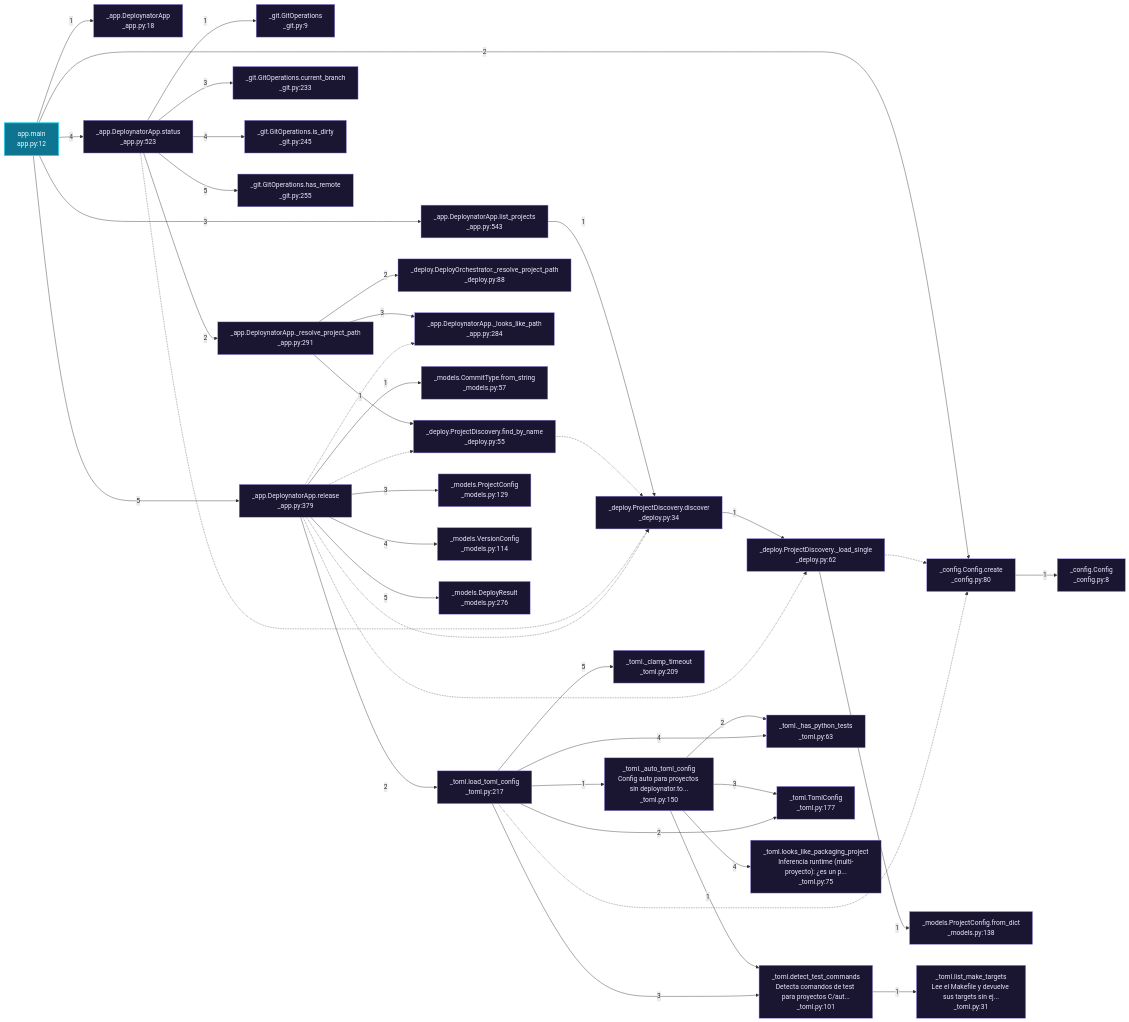
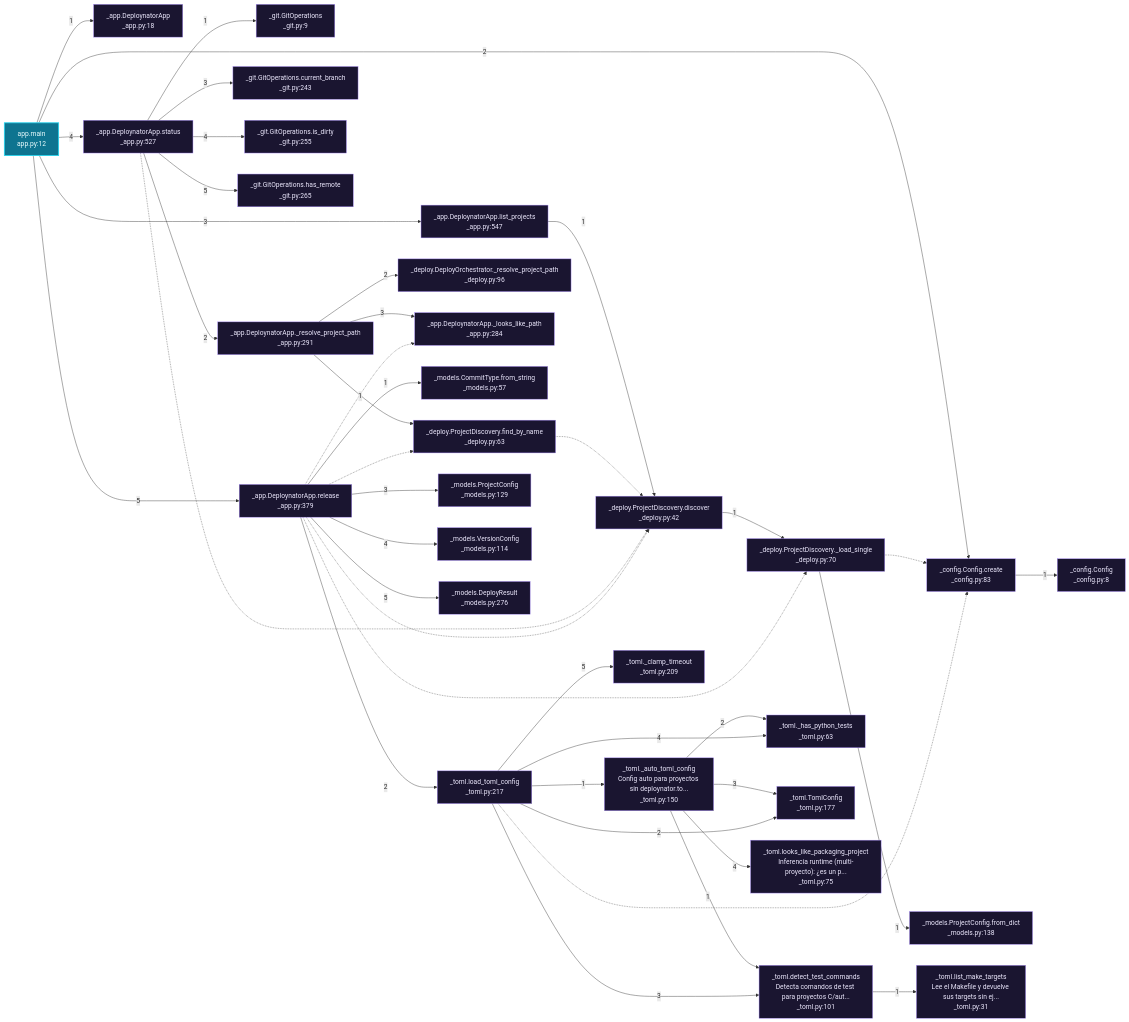
Before and after one commit to grisuno/deploynator: the third of 9 diagrams in readmenator-apidocs/architecture.md, drawn with Mermaid. The commit also changed other lines of this file and 137 other files, not shown here.

````diff
--- a/readmenator-apidocs/architecture.md
+++ b/readmenator-apidocs/architecture.md
@@ -82,75 +82,75 @@
 ```mermaid
 flowchart LR
     classDef entry fill:#0e7490,stroke:#22d3ee,color:#ecfeff,stroke-width:2px;
     classDef external fill:#1a1530,stroke:#a78bfa,color:#ede9fe;
     n_app_py__main["app.main<br/>app.py:12"]:::entry
     n_deploynator__app_py__DeploynatorApp["_app.DeploynatorApp<br/>_app.py:18"]:::external
-    n_deploynator__config_py__create["_config.Config.create<br/>_config.py:80"]:::external
+    n_deploynator__config_py__create["_config.Config.create<br/>_config.py:83"]:::external
     n_deploynator__config_py__Config["_config.Config<br/>_config.py:8"]:::external
-    n_deploynator__app_py__list_projects["_app.DeploynatorApp.list_projects<br/>_app.py:543"]:::external
-    n_deploynator__deploy_py__discover["_deploy.ProjectDiscovery.discover<br/>_deploy.py:34"]:::external
-    n_deploynator__deploy_py___load_single["_deploy.ProjectDiscovery._load_single<br/>_deploy.py:62"]:::external
+    n_deploynator__app_py__list_projects["_app.DeploynatorApp.list_projects<br/>_app.py:547"]:::external
+    n_deploynator__deploy_py__discover["_deploy.ProjectDiscovery.discover<br/>_deploy.py:42"]:::external
+    n_deploynator__deploy_py___load_single["_deploy.ProjectDiscovery._load_single<br/>_deploy.py:70"]:::external
     n_deploynator__models_py__from_dict_138["_models.ProjectConfig.from_dict<br/>_models.py:138"]:::external
-    n_deploynator__app_py__status["_app.DeploynatorApp.status<br/>_app.py:523"]:::external
+    n_deploynator__app_py__status["_app.DeploynatorApp.status<br/>_app.py:527"]:::external
     n_deploynator__git_py__GitOperations["_git.GitOperations<br/>_git.py:9"]:::external
     n_deploynator__app_py___resolve_project_path["_app.DeploynatorApp._resolve_project_path<br/>_app.py:291"]:::external
-    n_deploynator__deploy_py__find_by_name["_deploy.ProjectDiscovery.find_by_name<br/>_deploy.py:55"]:::external
-    n_deploynator__deploy_py___resolve_project_path["_deploy.DeployOrchestrator._resolve_project_path<br/>_deploy.py:88"]:::external
+    n_deploynator__deploy_py__find_by_name["_deploy.ProjectDiscovery.find_by_name<br/>_deploy.py:63"]:::external
+    n_deploynator__deploy_py___resolve_project_path["_deploy.DeployOrchestrator._resolve_project_path<br/>_deploy.py:96"]:::external
     n_deploynator__app_py___looks_like_path["_app.DeploynatorApp._looks_like_path<br/>_app.py:284"]:::external
-    n_deploynator__git_py__current_branch["_git.GitOperations.current_branch<br/>_git.py:233"]:::external
-    n_deploynator__git_py__is_dirty["_git.GitOperations.is_dirty<br/>_git.py:245"]:::external
-    n_deploynator__git_py__has_remote["_git.GitOperations.has_remote<br/>_git.py:255"]:::external
+    n_deploynator__git_py__current_branch["_git.GitOperations.current_branch<br/>_git.py:243"]:::external
+    n_deploynator__git_py__is_dirty["_git.GitOperations.is_dirty<br/>_git.py:255"]:::external
+    n_deploynator__git_py__has_remote["_git.GitOperations.has_remote<br/>_git.py:265"]:::external
     n_deploynator__app_py__release["_app.DeploynatorApp.release<br/>_app.py:379"]:::external
     n_deploynator__models_py__from_string_57["_models.CommitType.from_string<br/>_models.py:57"]:::external
     n_deploynator__toml_py__load_toml_config["_toml.load_toml_config<br/>_toml.py:217"]:::external
     n_deploynator__toml_py___auto_toml_config["_toml._auto_toml_config<br/>Config auto para proyectos sin deploynator.to...<br/>_toml.py:150"]:::external
     n_deploynator__toml_py__detect_test_commands["_toml.detect_test_commands<br/>Detecta comandos de test para proyectos C/aut...<br/>_toml.py:101"]:::external
     n_deploynator__toml_py___has_python_tests["_toml._has_python_tests<br/>_toml.py:63"]:::external
     n_deploynator__toml_py__TomlConfig["_toml.TomlConfig<br/>_toml.py:177"]:::external
     n_deploynator__toml_py__looks_like_packaging_project["_toml.looks_like_packaging_project<br/>Inferencia runtime (multi-proyecto): ¿es un p...<br/>_toml.py:75"]:::external
     n_deploynator__toml_py__list_make_targets["_toml.list_make_targets<br/>Lee el Makefile y devuelve sus targets sin ej...<br/>_toml.py:31"]:::external
     n_deploynator__toml_py___clamp_timeout["_toml._clamp_timeout<br/>_toml.py:209"]:::external
     n_deploynator__models_py__ProjectConfig["_models.ProjectConfig<br/>_models.py:129"]:::external
     n_deploynator__models_py__VersionConfig["_models.VersionConfig<br/>_models.py:114"]:::external
     n_deploynator__models_py__DeployResult["_models.DeployResult<br/>_models.py:276"]:::external
     n_app_py__main -->|"1"| n_deploynator__app_py__DeploynatorApp
     n_app_py__main -->|"2"| n_deploynator__config_py__create
     n_deploynator__config_py__create -->|"1"| n_deploynator__config_py__Config
     n_app_py__main -->|"3"| n_deploynator__app_py__list_projects
     n_deploynator__app_py__list_projects -->|"1"| n_deploynator__deploy_py__discover
     n_deploynator__deploy_py__discover -->|"1"| n_deploynator__deploy_py___load_single
     n_deploynator__deploy_py___load_single -.-> n_deploynator__config_py__create
     n_deploynator__deploy_py___load_single -->|"1"| n_deploynator__models_py__from_dict_138
     n_app_py__main -->|"4"| n_deploynator__app_py__status
     n_deploynator__app_py__status -->|"1"| n_deploynator__git_py__GitOperations
     n_deploynator__app_py__status -->|"2"| n_deploynator__app_py___resolve_project_path
     n_deploynator__app_py___resolve_project_path -->|"1"| n_deploynator__deploy_py__find_by_name
     n_deploynator__deploy_py__find_by_name -.-> n_deploynator__deploy_py__discover
     n_deploynator__app_py___resolve_project_path -->|"2"| n_deploynator__deploy_py___resolve_project_path
     n_deploynator__app_py___resolve_project_path -->|"3"| n_deploynator__app_py___looks_like_path
     n_deploynator__app_py__status -->|"3"| n_deploynator__git_py__current_branch
     n_deploynator__app_py__status -->|"4"| n_deploynator__git_py__is_dirty
     n_deploynator__app_py__status -->|"5"| n_deploynator__git_py__has_remote
     n_deploynator__app_py__status -.-> n_deploynator__deploy_py__discover
     n_app_py__main -->|"5"| n_deploynator__app_py__release
     n_deploynator__app_py__release -->|"1"| n_deploynator__models_py__from_string_57
     n_deploynator__app_py__release -.-> n_deploynator__deploy_py__discover
     n_deploynator__app_py__release -.-> n_deploynator__deploy_py__find_by_name
     n_deploynator__app_py__release -.-> n_deploynator__app_py___looks_like_path
     n_deploynator__app_py__release -->|"2"| n_deploynator__toml_py__load_toml_config
     n_deploynator__toml_py__load_toml_config -->|"1"| n_deploynator__toml_py___auto_toml_config
     n_deploynator__toml_py___auto_toml_config -->|"1"| n_deploynator__toml_py__detect_test_commands
     n_deploynator__toml_py___auto_toml_config -->|"2"| n_deploynator__toml_py___has_python_tests
     n_deploynator__toml_py___auto_toml_config -->|"3"| n_deploynator__toml_py__TomlConfig
     n_deploynator__toml_py___auto_toml_config -->|"4"| n_deploynator__toml_py__looks_like_packaging_project
     n_deploynator__toml_py__load_toml_config -->|"2"| n_deploynator__toml_py__TomlConfig
     n_deploynator__toml_py__load_toml_config -.-> n_deploynator__config_py__create
     n_deploynator__toml_py__load_toml_config -->|"3"| n_deploynator__toml_py__detect_test_commands
     n_deploynator__toml_py__detect_test_commands -->|"1"| n_deploynator__toml_py__list_make_targets
     n_deploynator__toml_py__load_toml_config -->|"4"| n_deploynator__toml_py___has_python_tests
     n_deploynator__toml_py__load_toml_config -->|"5"| n_deploynator__toml_py___clamp_timeout
     n_deploynator__app_py__release -->|"3"| n_deploynator__models_py__ProjectConfig
     n_deploynator__app_py__release -->|"4"| n_deploynator__models_py__VersionConfig
     n_deploynator__app_py__release -.-> n_deploynator__deploy_py___load_single
     n_deploynator__app_py__release -->|"5"| n_deploynator__models_py__DeployResult
 ```
````
